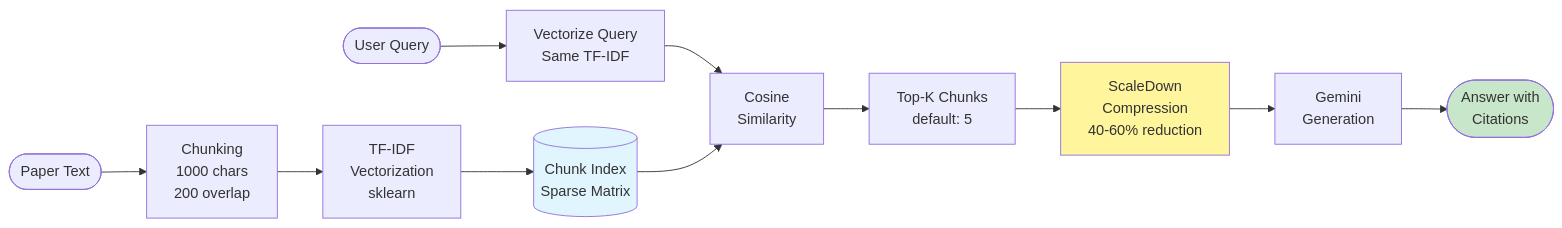
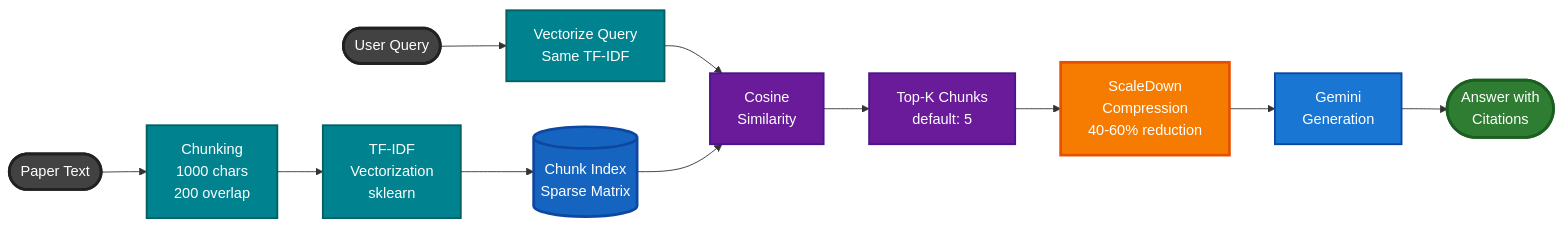
One commit to invaderinvalid/RAG changed the fifth of 8 diagrams in README.md. Above: the diagram before and after it, drawn with Mermaid. The commit also changed other lines of this file, not shown here.

````diff
--- a/README.md
+++ b/README.md
@@ -471,21 +480,29 @@
 ```mermaid
 flowchart LR
     Paper([Paper Text]) --> Chunk[Chunking<br/>1000 chars<br/>200 overlap]
     
     Chunk --> Vec[TF-IDF<br/>Vectorization<br/>sklearn]
     Vec --> Index[(Chunk Index<br/>Sparse Matrix)]
     
     Query([User Query]) --> QVec[Vectorize Query<br/>Same TF-IDF]
     QVec --> Sim[Cosine<br/>Similarity]
     Index --> Sim
     
     Sim --> TopK[Top-K Chunks<br/>default: 5]
     TopK --> Compress[ScaleDown<br/>Compression<br/>40-60% reduction]
     
     Compress --> LLM[Gemini<br/>Generation]
     LLM --> Answer([Answer with<br/>Citations])
     
-    style Index fill:#e1f5ff
-    style Compress fill:#fff59d
-    style Answer fill:#c8e6c9
+    style Paper fill:#424242,stroke:#212121,stroke-width:3px,color:#fff
+    style Query fill:#424242,stroke:#212121,stroke-width:3px,color:#fff
+    style Index fill:#1565c0,stroke:#0d47a1,stroke-width:3px,color:#fff
+    style Compress fill:#f57c00,stroke:#e65100,stroke-width:3px,color:#fff
+    style Answer fill:#2e7d32,stroke:#1b5e20,stroke-width:3px,color:#fff
+    style Chunk fill:#00838f,stroke:#006064,stroke-width:2px,color:#fff
+    style Vec fill:#00838f,stroke:#006064,stroke-width:2px,color:#fff
+    style QVec fill:#00838f,stroke:#006064,stroke-width:2px,color:#fff
+    style Sim fill:#6a1b9a,stroke:#4a148c,stroke-width:2px,color:#fff
+    style TopK fill:#6a1b9a,stroke:#4a148c,stroke-width:2px,color:#fff
+    style LLM fill:#1976d2,stroke:#0d47a1,stroke-width:2px,color:#fff
 ```
````
